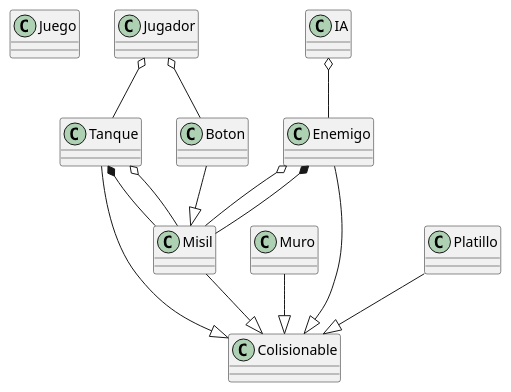
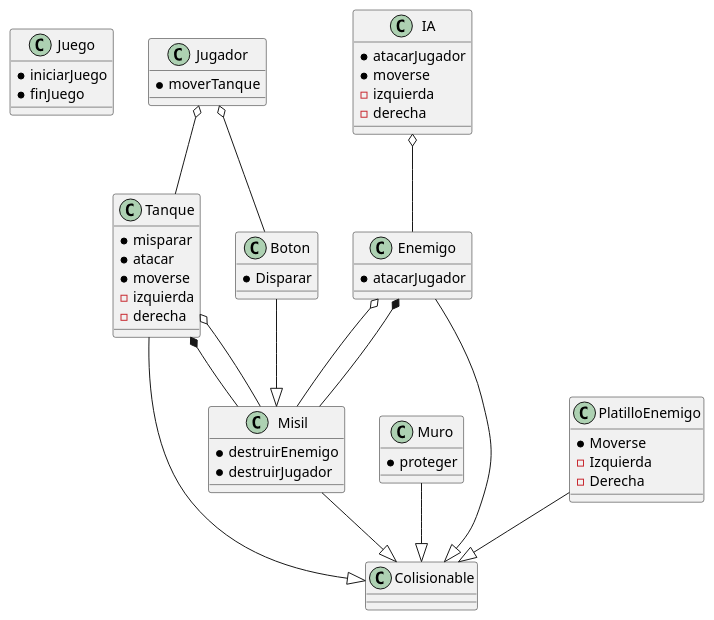
One commit to EduardoIsaacC/space_invaders changed the diagram in docs/Space_Invaders.puml. Above: the diagram before and after it, drawn with PlantUML. The commit also changed 3 other files, not shown here.

```diff
--- a/docs/Space_Invaders.puml
+++ b/docs/Space_Invaders.puml
@@ -1,26 +1,55 @@
 @startuml Space_Invaders
-class Juego
-class Jugador
-class IA
-class Muro
-class Tanque
-class Enemigo 
-class Misil 
+class Juego{
+*iniciarJuego
+*finJuego
+}
+class Jugador{
+* moverTanque
+}
+class IA{
+* atacarJugador
+* moverse
+-izquierda
+-derecha
+}
+class Muro{
+*proteger
+}
+class Tanque{
+*misparar
+*atacar
+*moverse
+-izquierda
+-derecha
+}
+class Enemigo{
+*atacarJugador
+}
+class Misil{
+*destruirEnemigo
+*destruirJugador
+}
 class Colisionable 
-class Boton
-class Platillo
+class Boton{
+*Disparar
+}
+class PlatilloEnemigo{
+*Moverse
+-Izquierda
+-Derecha
+}
 
 Jugador o-- Tanque
 Muro --|> Colisionable
 Misil --|> Colisionable
 IA o-- Enemigo
 Enemigo o-- Misil
 Boton --|> Misil
 Tanque *--  Misil
 Jugador o-- Boton
 Enemigo --|> Colisionable
 Tanque --|> Colisionable
-Platillo --|> Colisionable
+PlatilloEnemigo --|> Colisionable
 Tanque o-- Misil
 Enemigo *--  Misil
 @enduml
```
